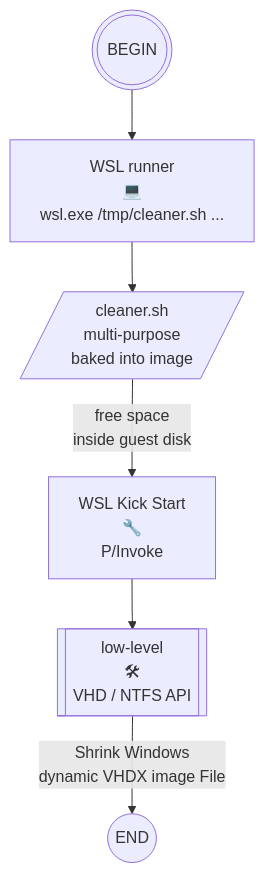
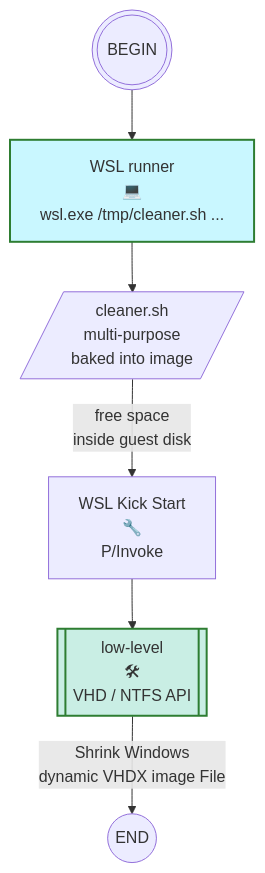
The first of 2 diagrams in external/csharp/basic-wsl_manager/README.md (sergueik/powershell_samples), drawn with Mermaid before and after one commit. The commit also changed other lines of this file, not shown here.

````diff
--- a/external/csharp/basic-wsl_manager/README.md
+++ b/external/csharp/basic-wsl_manager/README.md
@@ -431,16 +455,21 @@
 ```mermaid
 flowchart TB
 %% Shrink Windows-visible<br/>dynamic image
 BEGIN(((BEGIN)))
 END((END))
 API[["low-level<br/>🛠<br/>VHD / NTFS API"]]
 CLEANER[/"cleaner.sh<br/>multi-purpose<br/>baked into image"/]
 
 BEGIN --> WSLRUN
 WSLRUN["WSL runner<br/>💻<br/>wsl.exe /tmp/cleaner.sh ..."]
 PINVOKE["WSL Kick Start<br/>🔧<br/>P/Invoke"]
 WSLRUN --> CLEANER
 CLEANER  -- "free space<br/>inside guest disk" --> PINVOKE
 PINVOKE--> API
 API -- "Shrink Windows<br/>dynamic VHDX image File" --> END
+
+style WSLRUN fill:#C9F7FF,stroke:#2e7d32,stroke-width:2px
+
+style API fill:#C9EEE4,stroke:#2e7d32,stroke-width:2px
+
 ```
````
